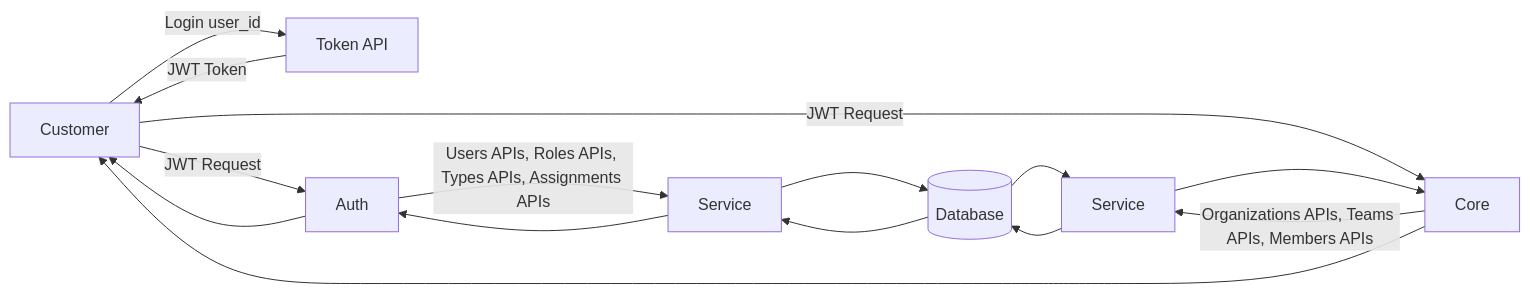
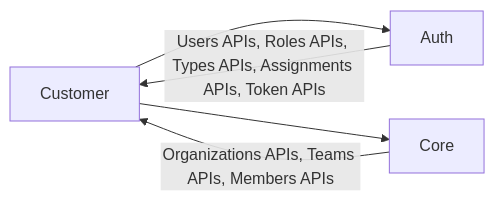
The diagram in README.md (Sampath-Dz/organization_app), drawn with Mermaid before and after one commit.

````diff
--- a/README.md
+++ b/README.md
@@ -146,23 +146,8 @@
 ```mermaid
 flowchart LR
-    Customer -->|Login user_id| TokenAPI[Token API]
-    TokenAPI -->|JWT Token| Customer
+    Customer --> Auth
+    Customer --> Core
 
-    Customer -->|JWT Request| Auth
-    Customer -->|JWT Request| Core
-
-    %% Auth APIs
-    Auth -->|Users APIs, Roles APIs, Types APIs, Assignments APIs| AuthService[Service]
-    AuthService --> DB[(Database)]
-    DB --> AuthService
-    AuthService --> Auth
-
-    %% Core APIs
-    Core -->|Organizations APIs, Teams APIs, Members APIs| CoreService[Service]
-    CoreService --> DB
-    DB --> CoreService
-    CoreService --> Core
-
-    Auth --> Customer
-    Core --> Customer
+    Auth -->|Users APIs, Roles APIs, Types APIs, Assignments APIs, Token APIs| Customer
+    Core -->|Organizations APIs, Teams APIs, Members APIs| Customer
 ```
````
